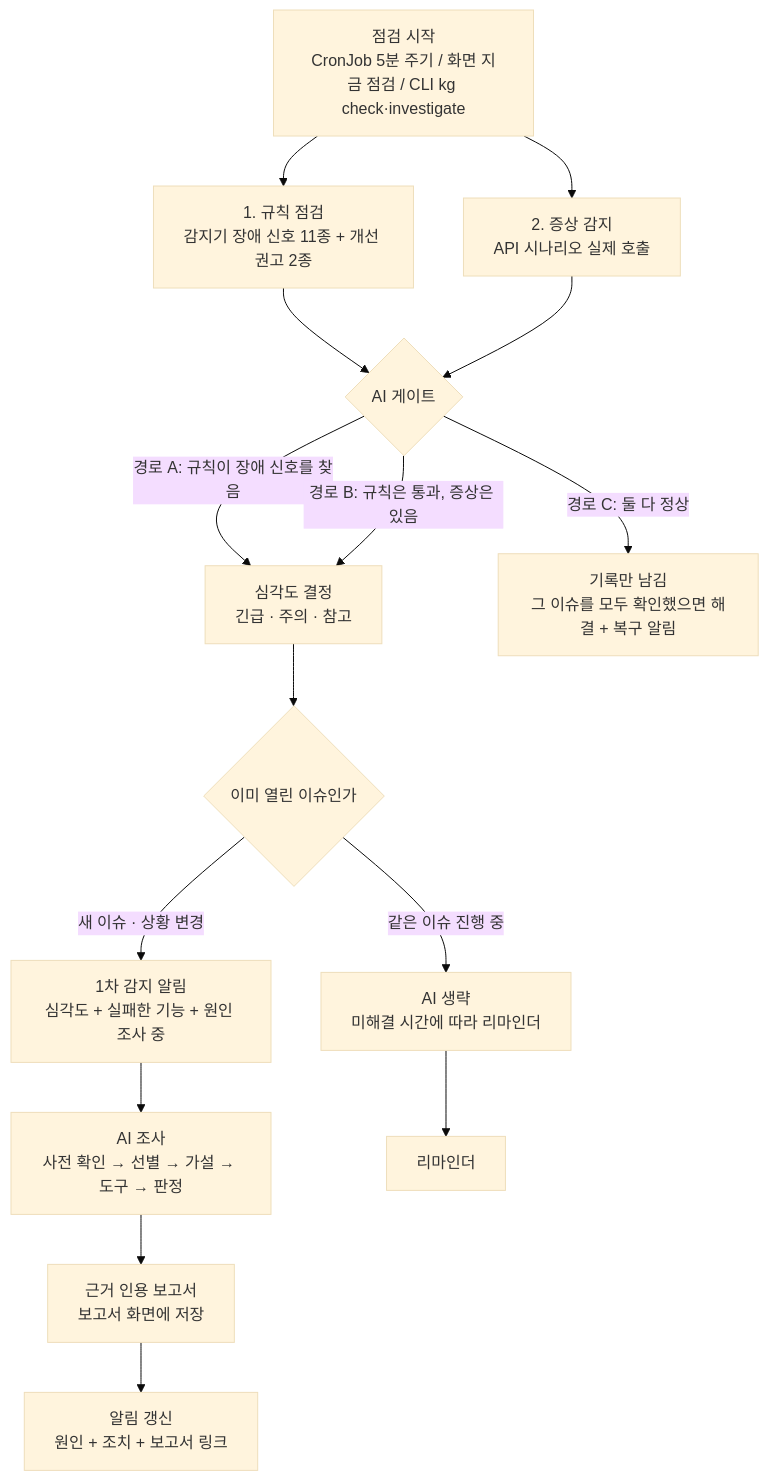
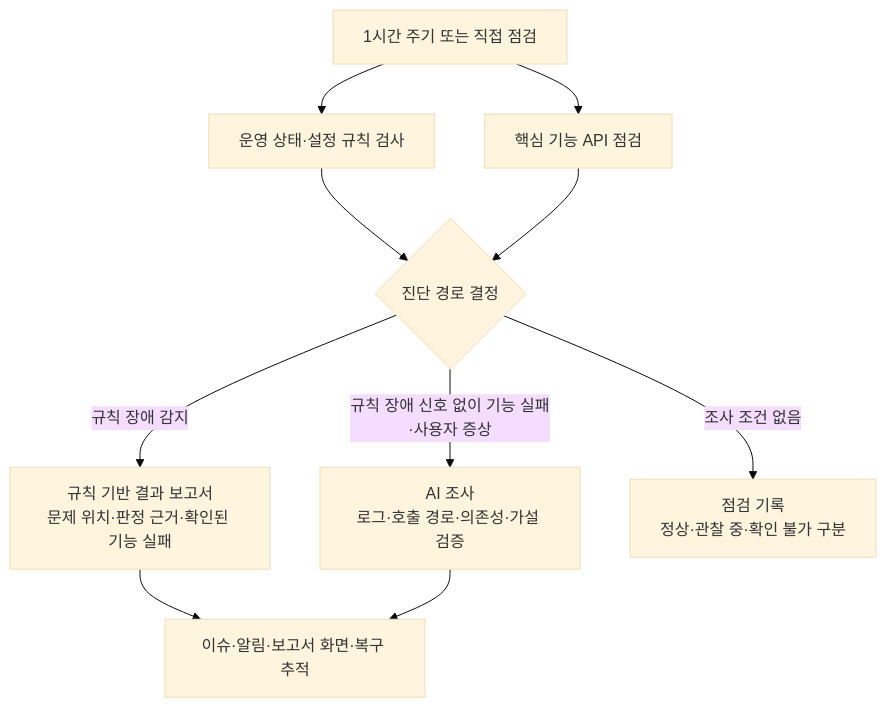
Before and after one commit to skax-jihyeryu/KubeGuardian: the first of 3 diagrams in docs/01-project-proposal.md, drawn with Mermaid (base theme). The commit also changed other lines of this file and 3 other files, not shown here.

````diff
--- a/docs/01-project-proposal.md
+++ b/docs/01-project-proposal.md
@@ -81,17 +97,12 @@
 ```mermaid
 flowchart TB
-    T[점검 시작<br/>CronJob 5분 주기 / 화면 지금 점검 / CLI kg check·investigate] --> R[1. 규칙 점검<br/>감지기 장애 신호 11종 + 개선 권고 2종]
-    T --> S[2. 증상 감지<br/>API 시나리오 실제 호출]
-    R --> G{AI 게이트}
+    T[1시간 주기 또는 직접 점검] --> R[운영 상태·설정 규칙 검사]
+    T --> S[핵심 기능 API 점검]
+    R --> G{진단 경로 결정}
     S --> G
-    G -->|경로 A: 규칙이 장애 신호를 찾음| SEV[심각도 결정<br/>긴급 · 주의 · 참고]
-    G -->|경로 B: 규칙은 통과, 증상은 있음| SEV
-    G -->|경로 C: 둘 다 정상| OK[기록만 남김<br/>그 이슈를 모두 확인했으면 해결 + 복구 알림]
-    SEV --> D{이미 열린 이슈인가}
-    D -->|새 이슈 · 상황 변경| N1[1차 감지 알림<br/>심각도 + 실패한 기능 + 원인 조사 중]
-    N1 --> AI[AI 조사<br/>사전 확인 → 선별 → 가설 → 도구 → 판정]
-    D -->|같은 이슈 진행 중| SKIP[AI 생략<br/>미해결 시간에 따라 리마인더]
-    AI --> REP[근거 인용 보고서<br/>보고서 화면에 저장]
-    REP --> N[알림 갱신<br/>원인 + 조치 + 보고서 링크]
-    SKIP --> RM[리마인더]
+    G -->|규칙 장애 감지| RULE[규칙 기반 결과 보고서<br/>문제 위치·판정 근거·확인된 기능 실패]
+    G -->|규칙 장애 신호 없이 기능 실패·사용자 증상| AI[AI 조사<br/>로그·호출 경로·의존성·가설 검증]
+    G -->|조사 조건 없음| RECORD[점검 기록<br/>정상·관찰 중·확인 불가 구분]
+    RULE --> OUT[이슈·알림·보고서 화면·복구 추적]
+    AI --> OUT
 ```
````
